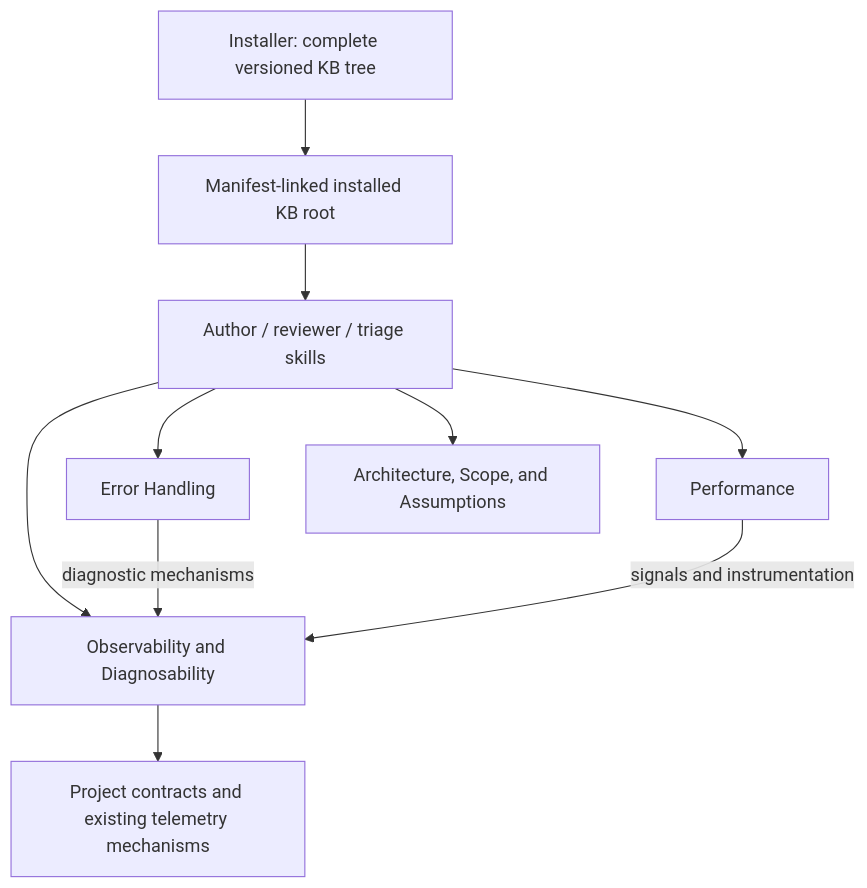
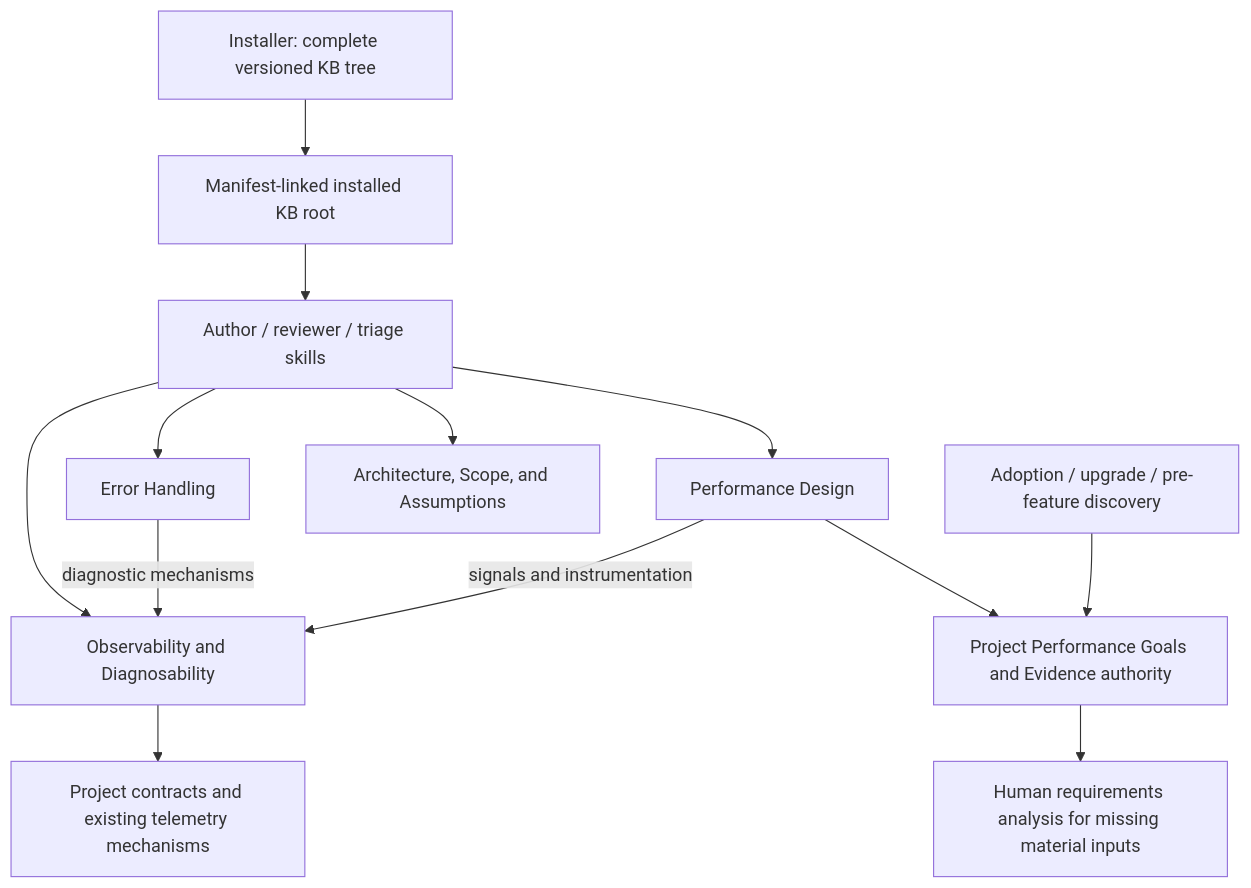
Before and after one commit to hhhhhusky777/spec-driven-delivery-playbook: the diagram in .github/spec-driven-delivery/solution-whiteboard.md, drawn with Mermaid. The commit also changed other lines of this file and 1 other file, not shown here.

Commit message:
docs: draft performance design and project evidence authority amendment

````diff
--- a/.github/spec-driven-delivery/solution-whiteboard.md
+++ b/.github/spec-driven-delivery/solution-whiteboard.md
@@ -99,12 +103,15 @@
 ```mermaid
 flowchart TD
     W["Author / reviewer / triage skills"] --> O["Observability and Diagnosability"]
     W --> E["Error Handling"]
-    W --> P["Performance"]
+    W --> P["Performance Design"]
     W --> A["Architecture, Scope, and Assumptions"]
+    P --> G["Project Performance Goals and Evidence authority"]
+    M["Adoption / upgrade / pre-feature discovery"] --> G
+    G --> H["Human requirements analysis for missing material inputs"]
     E -->|"diagnostic mechanisms"| O
     P -->|"signals and instrumentation"| O
     O --> C["Project contracts and existing telemetry mechanisms"]
     I["Installer: complete versioned KB tree"] --> K["Manifest-linked installed KB root"]
     K --> W
 ```
````
